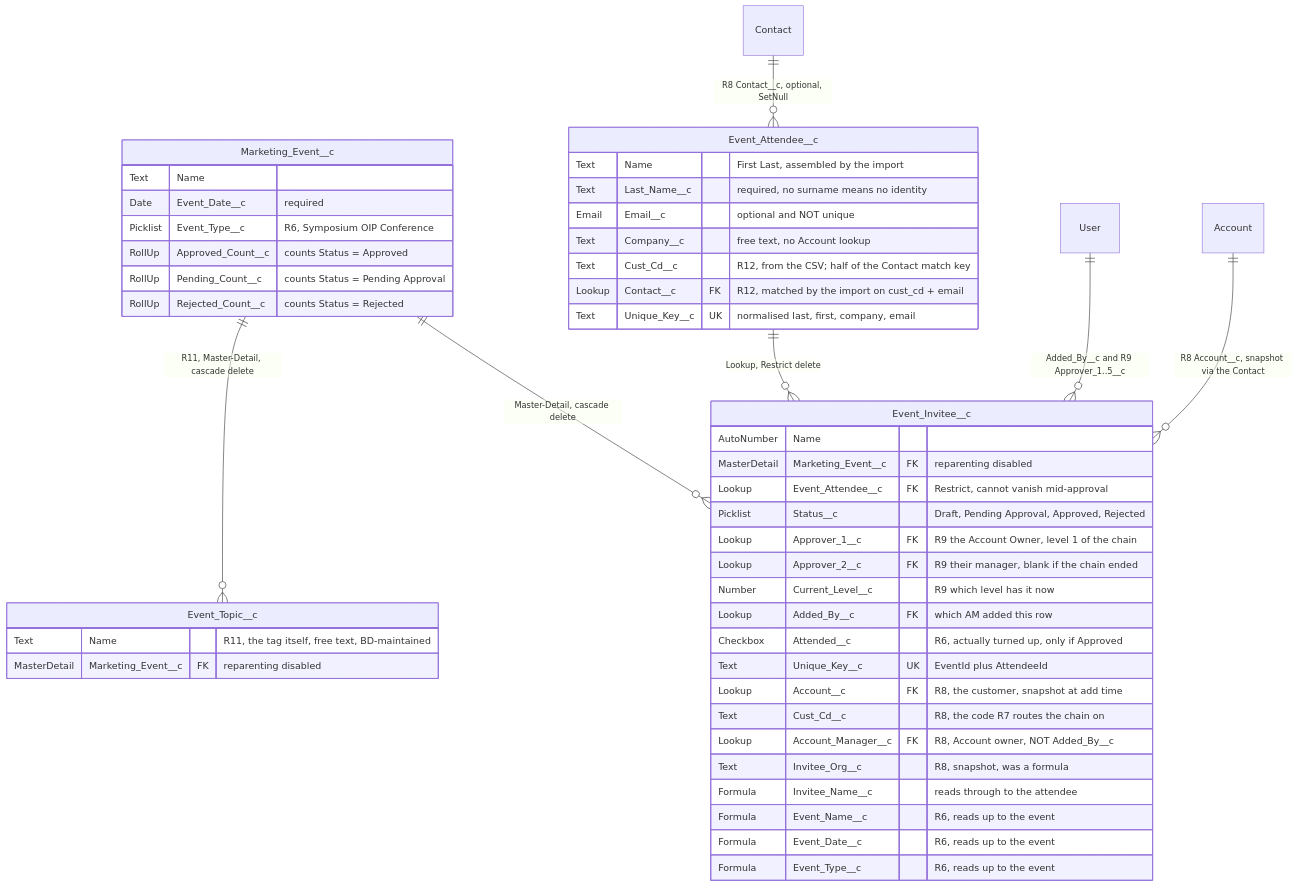
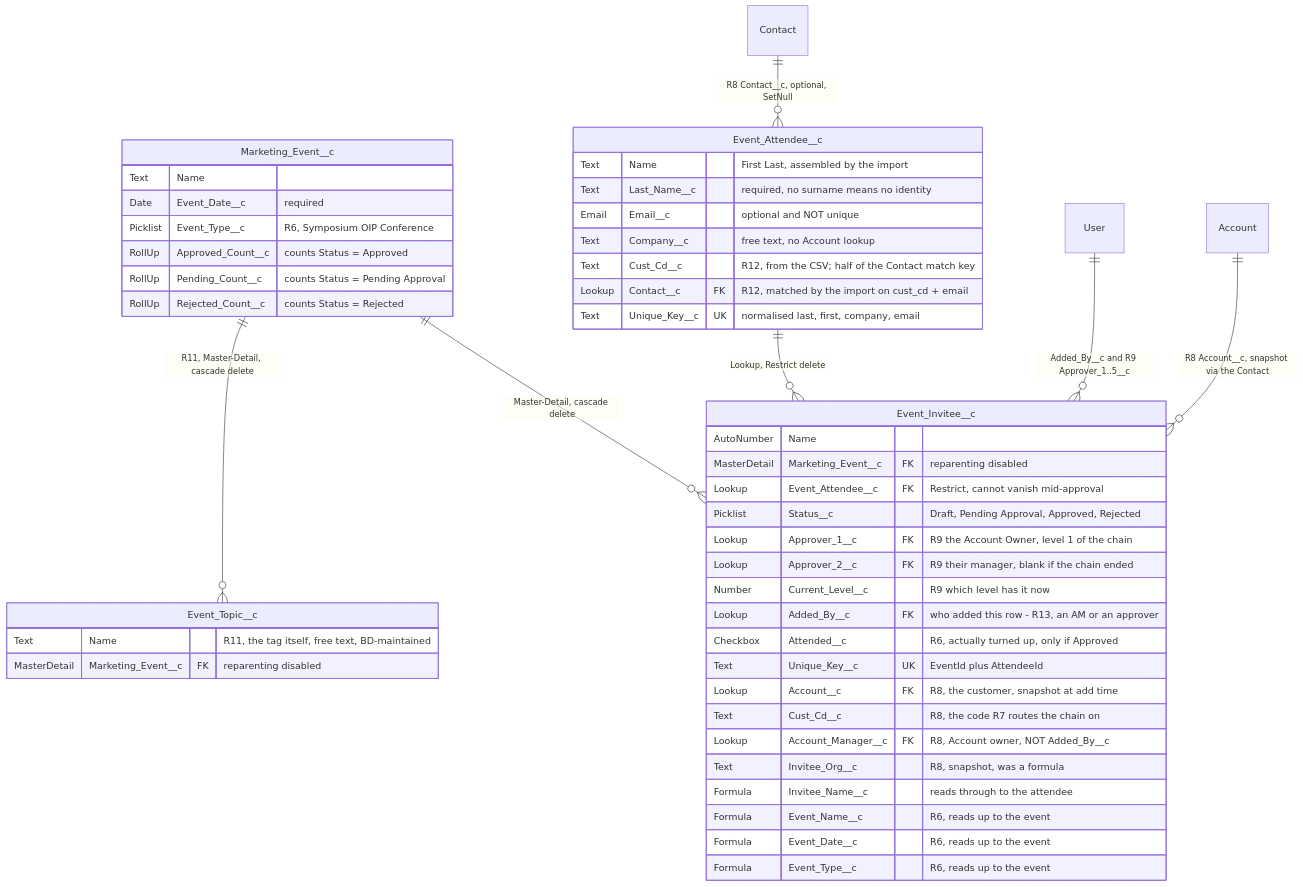
Before and after one commit to avence12/salesforce_event_mgmt: the diagram in design.md, drawn with Mermaid. The commit also changed other lines of this file and 1 other file, not shown here.

````diff
--- a/design.md
+++ b/design.md
@@ -874,54 +875,54 @@
 ```mermaid
 erDiagram
     Marketing_Event__c ||--o{ Event_Invitee__c : "Master-Detail, cascade delete"
     Marketing_Event__c ||--o{ Event_Topic__c : "R11, Master-Detail, cascade delete"
     Event_Attendee__c  ||--o{ Event_Invitee__c : "Lookup, Restrict delete"
     User               ||--o{ Event_Invitee__c : "Added_By__c and R9 Approver_1..5__c"
     Contact            ||--o{ Event_Attendee__c : "R8 Contact__c, optional, SetNull"
     Account            ||--o{ Event_Invitee__c : "R8 Account__c, snapshot via the Contact"
 
     Marketing_Event__c {
         Text        Name
         Date        Event_Date__c "required"
         Picklist    Event_Type__c "R6, Symposium OIP Conference"
         RollUp      Approved_Count__c "counts Status = Approved"
         RollUp      Pending_Count__c "counts Status = Pending Approval"
         RollUp      Rejected_Count__c "counts Status = Rejected"
     }
 
     Event_Topic__c {
         Text         Name "R11, the tag itself, free text, BD-maintained"
         MasterDetail Marketing_Event__c FK "reparenting disabled"
     }
 
     Event_Attendee__c {
         Text  Name "First Last, assembled by the import"
         Text  Last_Name__c "required, no surname means no identity"
         Email Email__c "optional and NOT unique"
         Text  Company__c "free text, no Account lookup"
         Text  Cust_Cd__c "R12, from the CSV; half of the Contact match key"
         Lookup Contact__c FK "R12, matched by the import on cust_cd + email"
         Text  Unique_Key__c UK "normalised last, first, company, email"
     }
 
     Event_Invitee__c {
         AutoNumber   Name
         MasterDetail Marketing_Event__c FK "reparenting disabled"
         Lookup       Event_Attendee__c FK "Restrict, cannot vanish mid-approval"
         Picklist     Status__c "Draft, Pending Approval, Approved, Rejected"
         Lookup       Approver_1__c FK "R9 the Account Owner, level 1 of the chain"
         Lookup       Approver_2__c FK "R9 their manager, blank if the chain ended"
         Number       Current_Level__c "R9 which level has it now"
-        Lookup       Added_By__c FK "which AM added this row"
+        Lookup       Added_By__c FK "who added this row - R13, an AM or an approver"
         Checkbox     Attended__c "R6, actually turned up, only if Approved"
         Text         Unique_Key__c UK "EventId plus AttendeeId"
         Lookup       Account__c FK "R8, the customer, snapshot at add time"
         Text         Cust_Cd__c "R8, the code R7 routes the chain on"
         Lookup       Account_Manager__c FK "R8, Account owner, NOT Added_By__c"
         Text         Invitee_Org__c "R8, snapshot, was a formula"
         Formula      Invitee_Name__c "reads through to the attendee"
         Formula      Event_Name__c "R6, reads up to the event"
         Formula      Event_Date__c "R6, reads up to the event"
         Formula      Event_Type__c "R6, reads up to the event"
     }
 ```
````
